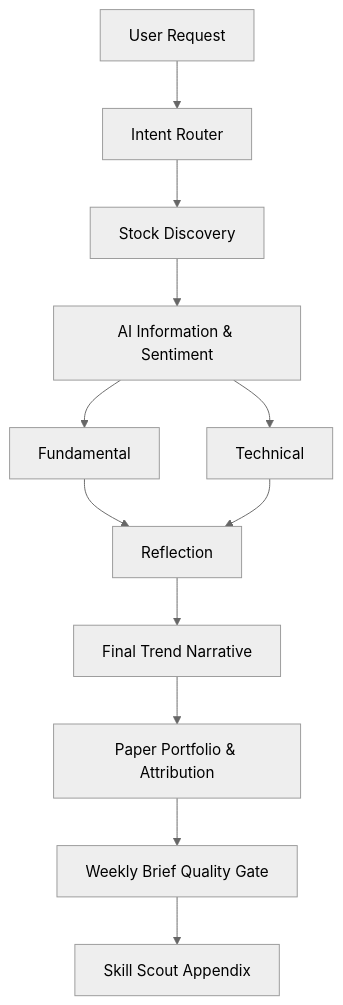
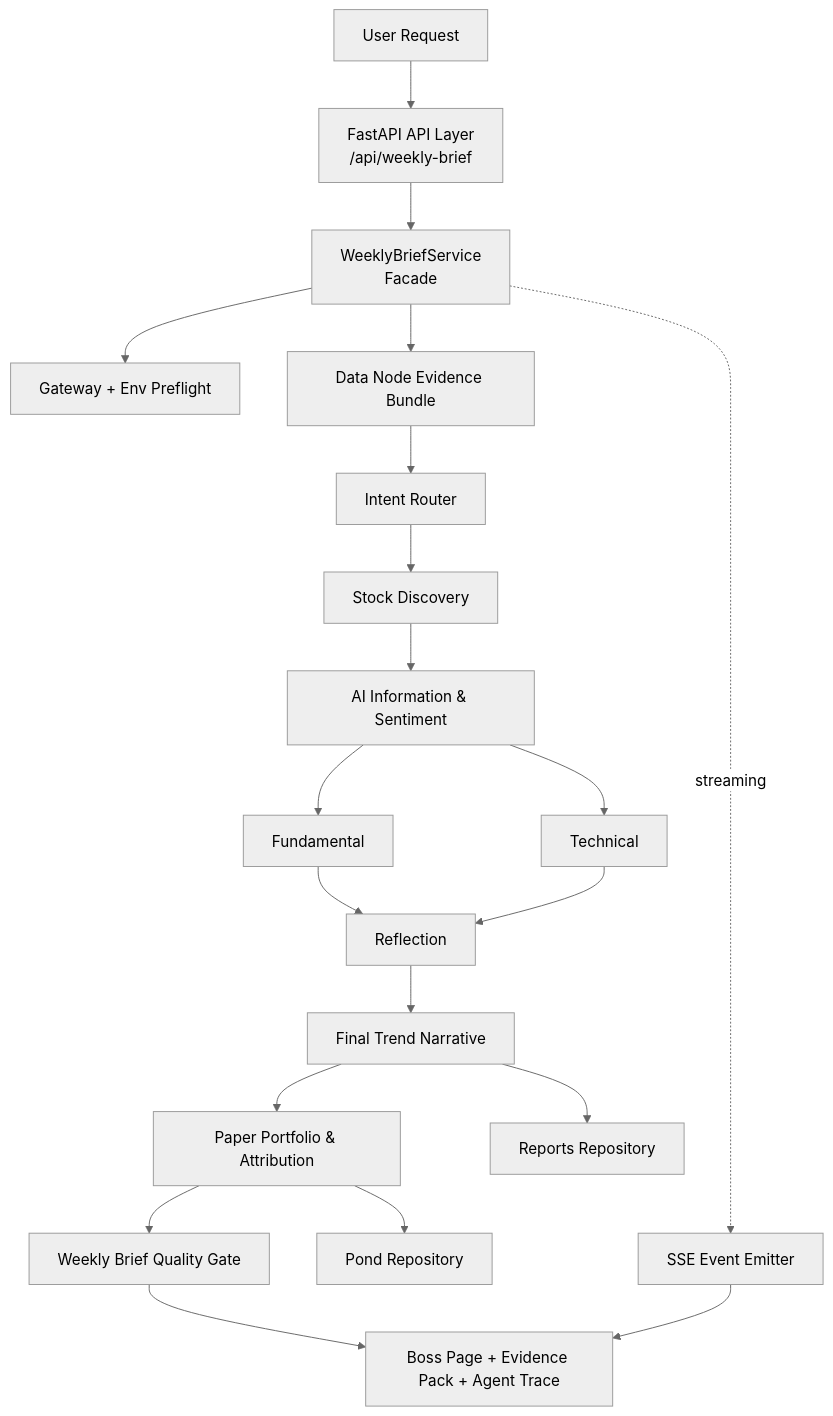
Before and after one commit to berylinureye/ai-us-stock-research-agency: the third of 3 diagrams in README.md, drawn with Mermaid (neutral theme). The commit also changed other lines of this file and 7 other files, not shown here.

Commit message:
docs: align architecture docs with FastAPI refactor plan

````diff
--- a/README.md
+++ b/README.md
@@ -156,14 +163,22 @@
 ```mermaid
 flowchart TD
-    U["User Request"] --> R["Intent Router"]
+    U["User Request"] --> API["FastAPI API Layer<br/>/api/weekly-brief"]
+    API --> W["WeeklyBriefService<br/>Facade"]
+    W --> PRE["Gateway + Env Preflight"]
+    W --> DATA["Data Node Evidence Bundle"]
+    DATA --> R["Intent Router"]
     R --> D["Stock Discovery"]
     D --> I["AI Information & Sentiment"]
     I --> F["Fundamental"]
     I --> T["Technical"]
     F --> X["Reflection"]
     T --> X
     X --> C["Final Trend Narrative"]
     C --> P["Paper Portfolio & Attribution"]
     P --> Q["Weekly Brief Quality Gate"]
-    Q --> S["Skill Scout Appendix"]
+    Q --> OUT["Boss Page + Evidence Pack + Agent Trace"]
+    C --> HIST["Reports Repository"]
+    P --> POND["Pond Repository"]
+    W -.streaming.-> SSE["SSE Event Emitter"]
+    SSE --> OUT
 ```
````
